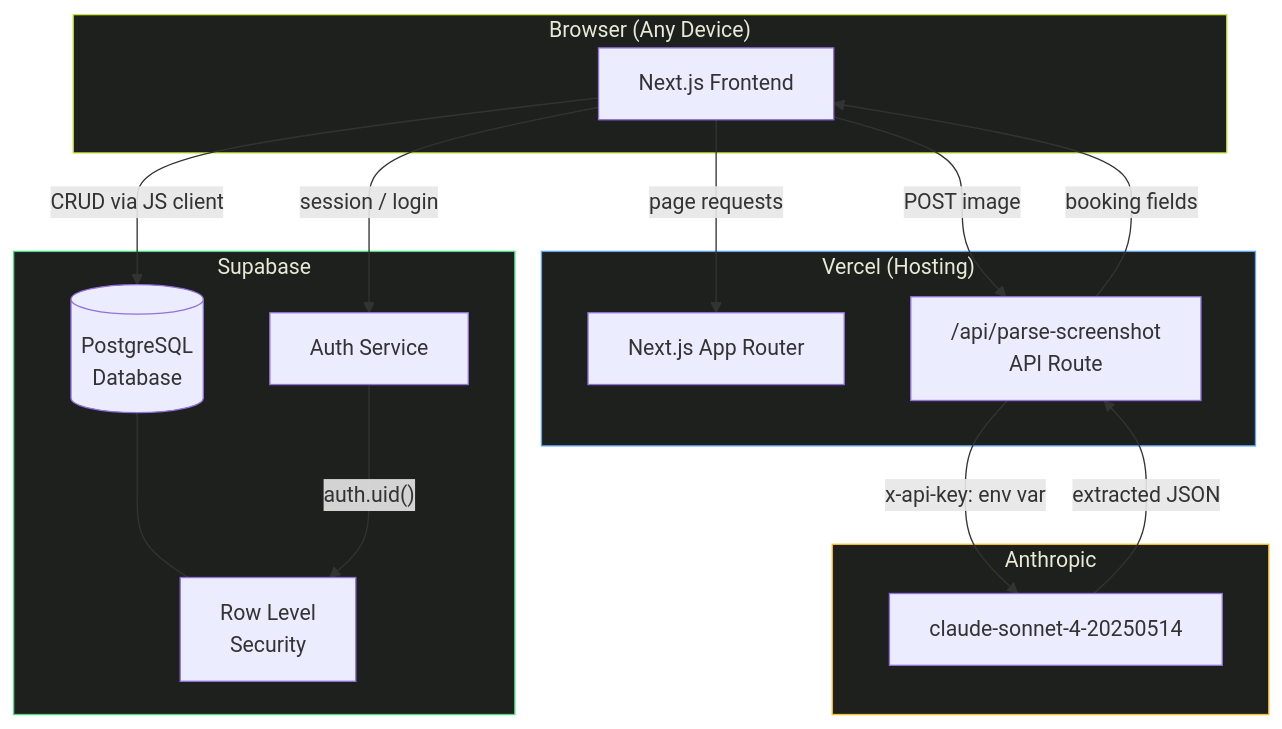
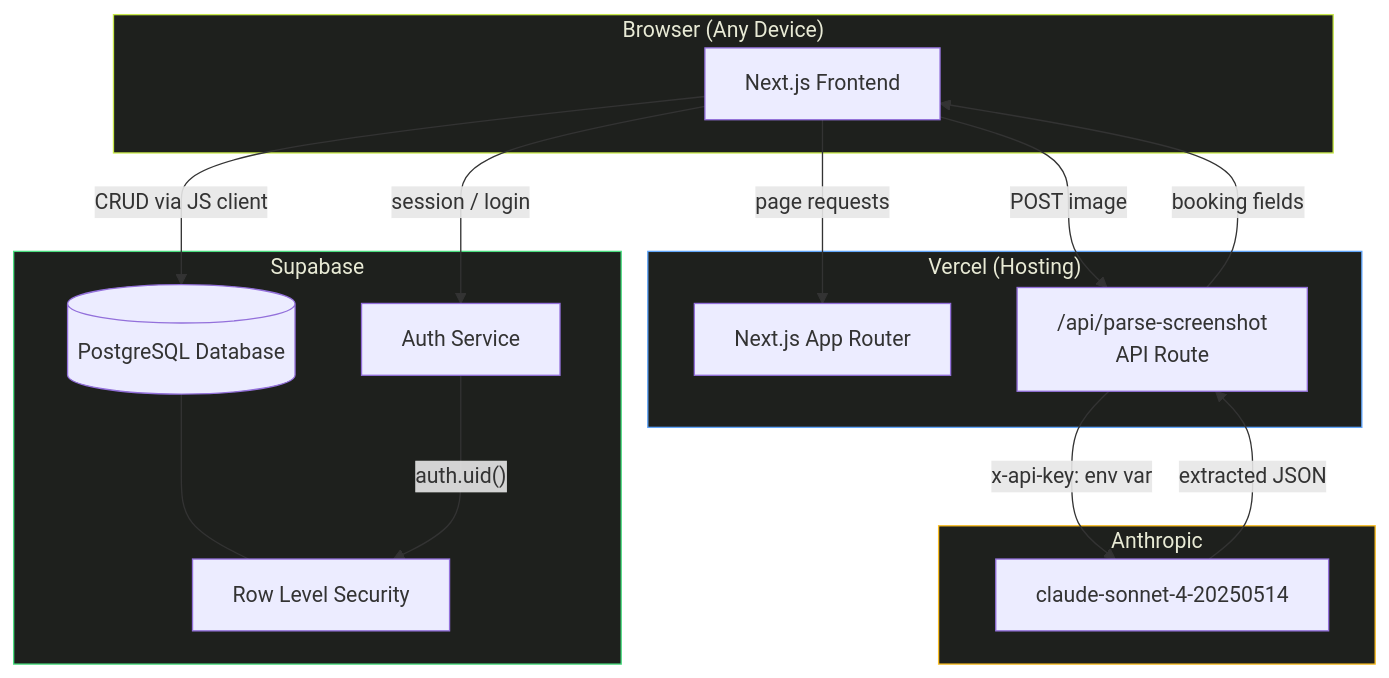
Before and after one commit to wongjinar-ai/expample: the first of 13 diagrams in PLANNING.md, drawn with Mermaid. The commit also changed other lines of this file, not shown here.

Commit message:
Fix Mermaid diagram syntax for broad renderer compatibility

````diff
--- a/PLANNING.md
+++ b/PLANNING.md
@@ -68,36 +68,36 @@
 ```mermaid
 graph TB
     subgraph Client["Browser (Any Device)"]
         UI[Next.js Frontend]
     end
 
     subgraph Vercel["Vercel (Hosting)"]
         APP[Next.js App Router]
         API["/api/parse-screenshot\nAPI Route"]
     end
 
     subgraph Supabase["Supabase"]
         AUTH[Auth Service]
-        DB[(PostgreSQL\nDatabase)]
-        RLS[Row Level\nSecurity]
+        DB[(PostgreSQL Database)]
+        RLS[Row Level Security]
     end
 
     subgraph Anthropic["Anthropic"]
         CLAUDE[claude-sonnet-4-20250514]
     end
 
     UI -->|"page requests"| APP
     UI -->|"CRUD via JS client"| DB
     UI -->|"session / login"| AUTH
     UI -->|"POST image"| API
     API -->|"x-api-key: env var"| CLAUDE
     CLAUDE -->|"extracted JSON"| API
     API -->|"booking fields"| UI
     DB --- RLS
     AUTH -->|"auth.uid()"| RLS
 
     style Client fill:#1e201d,stroke:#c8e84a,color:#e8ead5
     style Vercel fill:#1e201d,stroke:#60a5fa,color:#e8ead5
     style Supabase fill:#1e201d,stroke:#4ade80,color:#e8ead5
     style Anthropic fill:#1e201d,stroke:#fbbf24,color:#e8ead5
 ```
````
